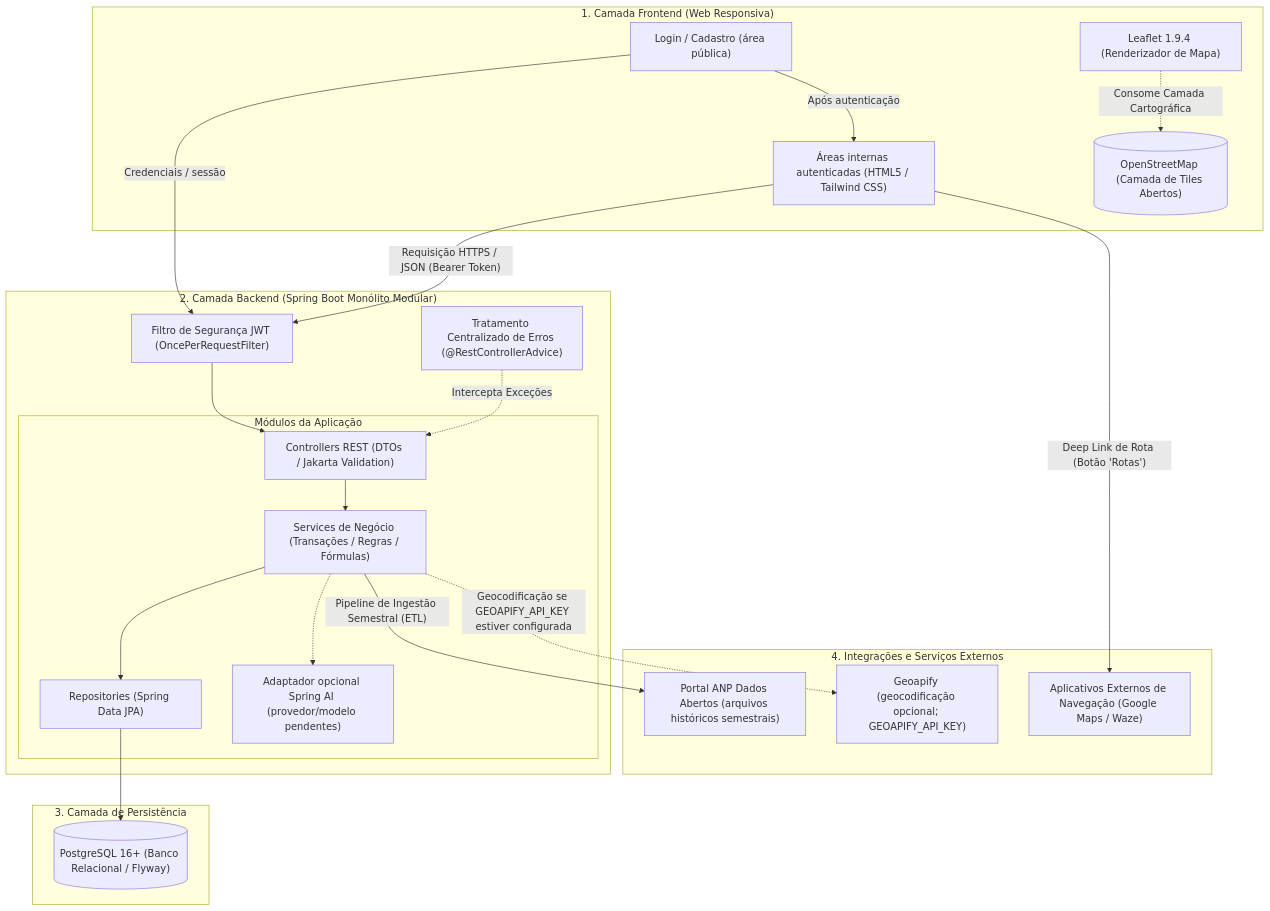
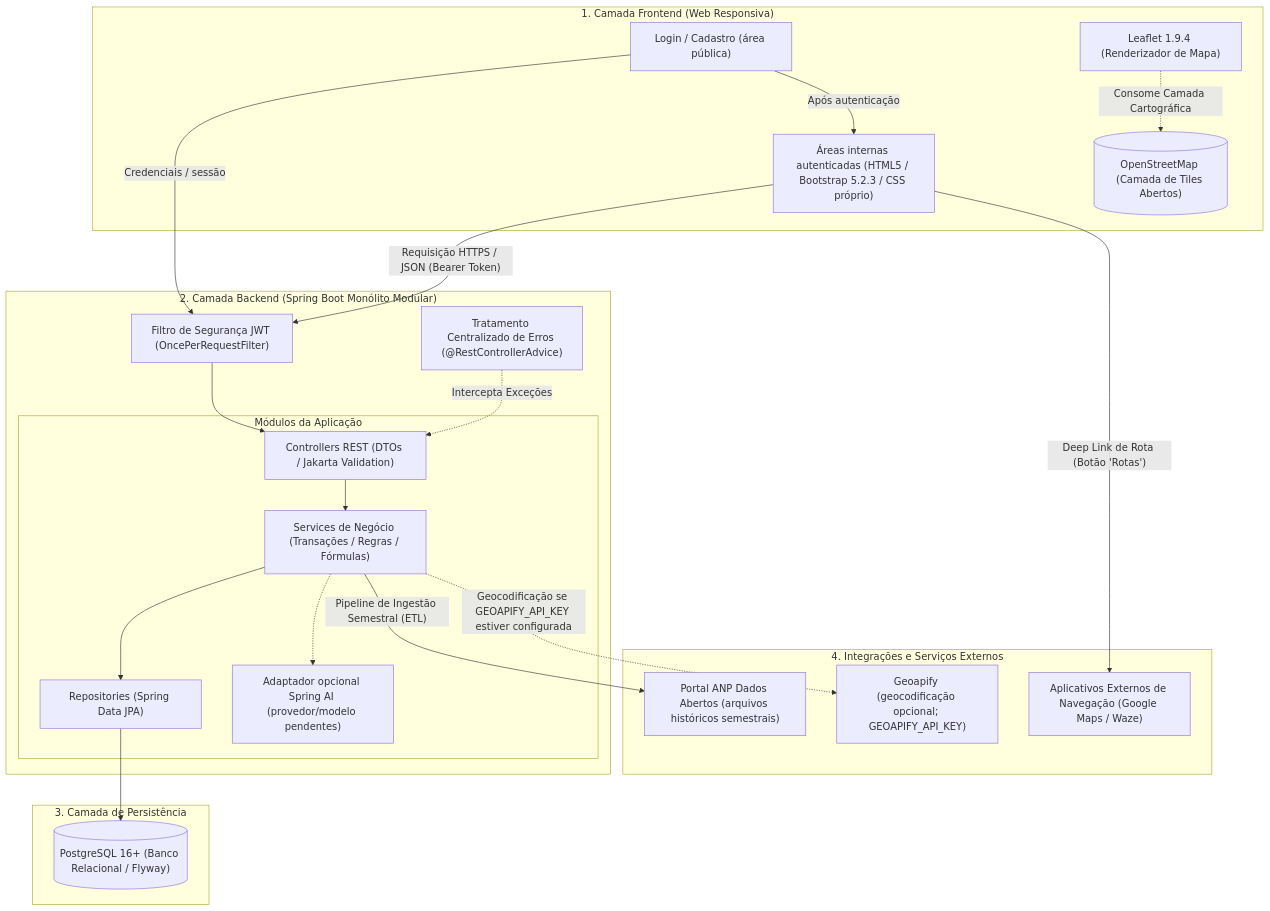
Before and after one commit to fuguharawillian/FuelFinder-: the first of 6 diagrams in .ai/architecture.md, drawn with Mermaid. The commit also changed other lines of this file and 2229 other files, not shown here.

````diff
--- a/.ai/architecture.md
+++ b/.ai/architecture.md
@@ -47,46 +47,46 @@
 ```mermaid
 flowchart TB
     subgraph FRONTEND["1. Camada Frontend (Web Responsiva)"]
         LOGIN["Login / Cadastro (área pública)"]
-        UI["Áreas internas autenticadas (HTML5 / Tailwind CSS)"]
+        UI["Áreas internas autenticadas (HTML5 / Bootstrap 5.2.3 / CSS próprio)"]
         LEAFLET["Leaflet 1.9.4 (Renderizador de Mapa)"]
         OSM_TILES[("OpenStreetMap (Camada de Tiles Abertos)")]
         LEAFLET -. Consome Camada Cartográfica .-> OSM_TILES
     end
 
     subgraph BACKEND["2. Camada Backend (Spring Boot Monólito Modular)"]
         AUTH_FILTER["Filtro de Segurança JWT (OncePerRequestFilter)"]
         EX_HANDLER["Tratamento Centralizado de Erros (@RestControllerAdvice)"]
         
         subgraph MODULES["Módulos da Aplicação"]
             CTRL["Controllers REST (DTOs / Jakarta Validation)"]
             SRV["Services de Negócio (Transações / Regras / Fórmulas)"]
             REPO["Repositories (Spring Data JPA)"]
             AI["Adaptador opcional Spring AI (provedor/modelo pendentes)"]
         end
 
         AUTH_FILTER --> CTRL
         CTRL --> SRV
         SRV --> REPO
         SRV -.-> AI
         EX_HANDLER -. Intercepta Exceções .-> CTRL
     end
 
     subgraph DATABASE["3. Camada de Persistência"]
         POSTGRES[("PostgreSQL 16+ (Banco Relacional / Flyway)")]
         REPO --> POSTGRES
     end
 
     subgraph EXTERNAL["4. Integrações e Serviços Externos"]
         ANP_PORTAL["Portal ANP Dados Abertos (arquivos históricos semestrais)"]
         GEOAPIFY["Geoapify (geocodificação opcional; GEOAPIFY_API_KEY)"]
         EXT_NAV["Aplicativos Externos de Navegação (Google Maps / Waze)"]
     end
 
     UI -- "Requisição HTTPS / JSON (Bearer Token)" --> AUTH_FILTER
     LOGIN -->|"Credenciais / sessão"| AUTH_FILTER
     LOGIN -->|"Após autenticação"| UI
     SRV -- "Pipeline de Ingestão Semestral (ETL)" --> ANP_PORTAL
     SRV -. "Geocodificação se GEOAPIFY_API_KEY estiver configurada" .-> GEOAPIFY
     UI -- "Deep Link de Rota (Botão 'Rotas')" --> EXT_NAV
 ```
````
